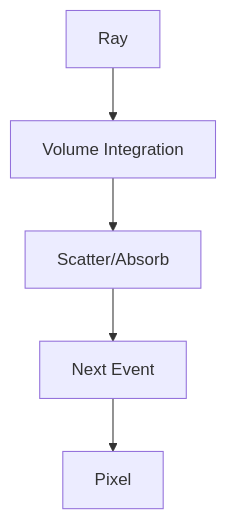
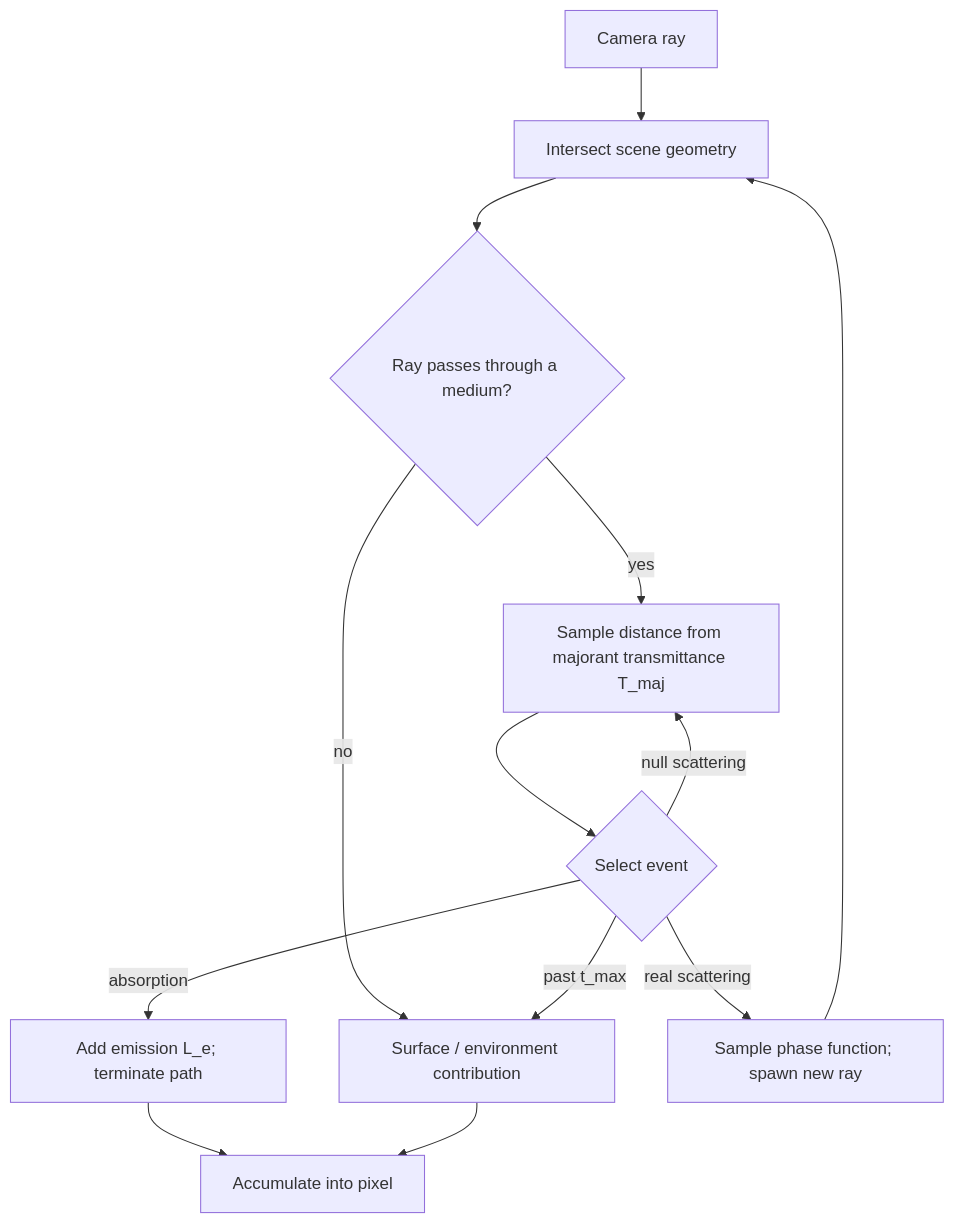
The first of 18 diagrams in chapters/14-light-transport-ii-volume.md (whyyoudodisjojo/pbrt-wgpu), drawn with Mermaid before and after one commit. The commit also changed other lines of this file and 15 other files, not shown here.

````diff
--- a/chapters/14-light-transport-ii-volume.md
+++ b/chapters/14-light-transport-ii-volume.md
@@ -5,7 +28,15 @@
 ```mermaid
 flowchart TD
-    A[Ray] --> B[Volume Integration]
-    B --> C[Scatter/Absorb]
-    C --> D[Next Event]
-    D --> E[Pixel]
+    A[Camera ray] --> B[Intersect scene geometry]
+    B --> C{Ray passes through a medium?}
+    C -- no --> H[Surface / environment contribution]
+    C -- yes --> D[Sample distance from majorant transmittance T_maj]
+    D --> E{Select event}
+    E -- absorption --> F[Add emission L_e; terminate path]
+    E -- real scattering --> G[Sample phase function; spawn new ray]
+    E -- null scattering --> D
+    E -- past t_max --> H
+    G --> B
+    F --> P[Accumulate into pixel]
+    H --> P
 ```
````
